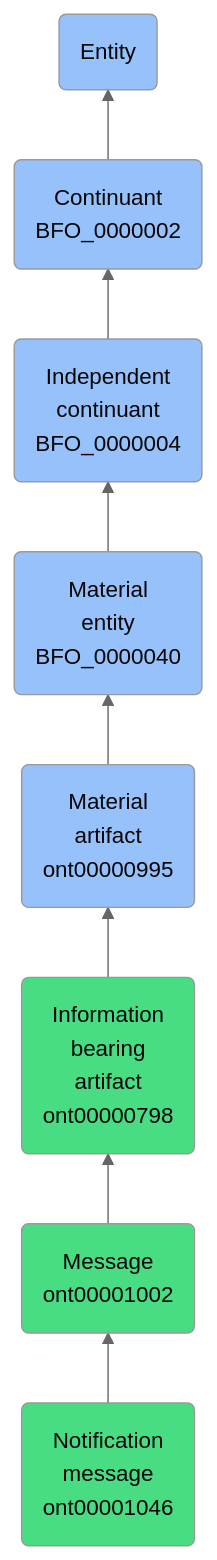
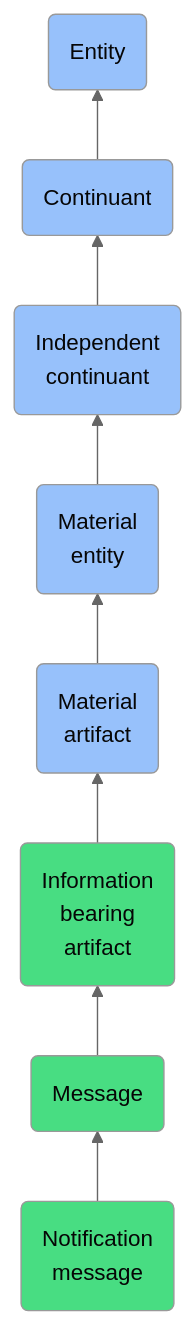
The diagram in docs/ontology/reference/model/Entity/Continuant/Independent continuant/Material entity/Material artifact/Information bearing artifact/Message/Notification message/Notification message.md (jupyter-naas/abi), drawn with Mermaid (neutral theme) before and after one commit. The commit also changed other lines of this file and 1430 other files, not shown here.

````diff
--- a/docs/ontology/reference/model/Entity/Continuant/Independent continuant/Material entity/Material artifact/Information bearing artifact/Message/Notification message/Notification message.md
+++ b/docs/ontology/reference/model/Entity/Continuant/Independent continuant/Material entity/Material artifact/Information bearing artifact/Message/Notification message/Notification message.md
@@ -24,15 +24,15 @@
 ```mermaid
 graph BT
-    ont00001046(Notification<br>message<br>ont00001046):::ABI-->ont00001002
-    ont00001002(Message<br>ont00001002):::ABI-->ont00000798
-    ont00000798(Information<br>bearing<br>artifact<br>ont00000798):::ABI-->ont00000995
-    ont00000995(Material<br>artifact<br>ont00000995):::BFO-->BFO_0000040
-    BFO_0000040(Material<br>entity<br>BFO_0000040):::BFO-->BFO_0000004
-    BFO_0000004(Independent<br>continuant<br>BFO_0000004):::BFO-->BFO_0000002
-    BFO_0000002(Continuant<br>BFO_0000002):::BFO-->BFO_0000001
+    ont00001046(Notification<br>message):::ABI-->ont00001002
+    ont00001002(Message):::ABI-->ont00000798
+    ont00000798(Information<br>bearing<br>artifact):::ABI-->ont00000995
+    ont00000995(Material<br>artifact):::BFO-->BFO_0000040
+    BFO_0000040(Material<br>entity):::BFO-->BFO_0000004
+    BFO_0000004(Independent<br>continuant):::BFO-->BFO_0000002
+    BFO_0000002(Continuant):::BFO-->BFO_0000001
     BFO_0000001(Entity):::BFO
     
     classDef BFO fill:#97c1fb,color:#060606
     classDef CCO fill:#e4c51e,color:#060606
     classDef ABI fill:#48DD82,color:#060606
 ```
````
